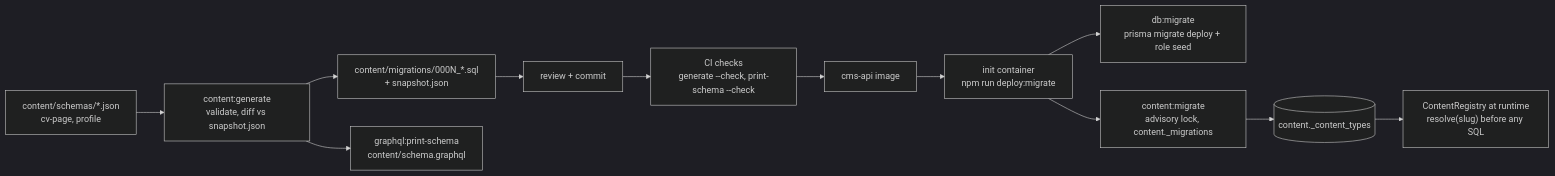
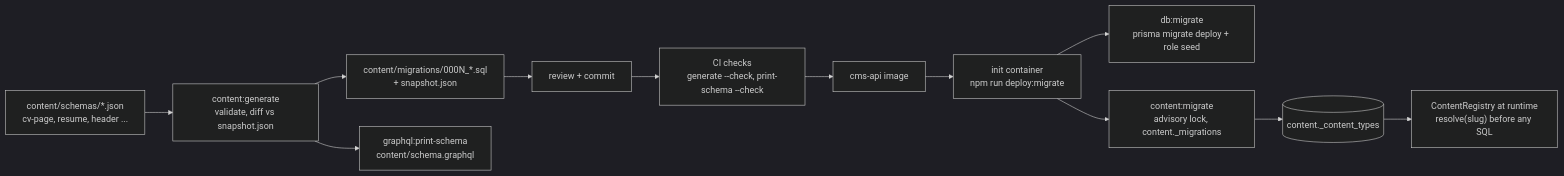
The diagram in docs/flows/content-modeling/FLOW.md (hungnh1812dev/project-me), drawn with Mermaid (dark theme) before and after one commit. The commit also changed 17 other files, not shown here.

First line of the commit message:
feat(cms-api): move content schemas to text and component-path format

````diff
--- a/docs/flows/content-modeling/FLOW.md
+++ b/docs/flows/content-modeling/FLOW.md
@@ -25,12 +25,12 @@
 ```mermaid
 flowchart LR
-  s["content/schemas/*.json<br/>cv-page, profile"] --> g["content:generate<br/>validate, diff vs snapshot.json"]
+  s["content/schemas/*.json<br/>cv-page, resume, header ..."] --> g["content:generate<br/>validate, diff vs snapshot.json"]
   g --> m["content/migrations/000N_*.sql<br/>+ snapshot.json"]
   g --> sdl["graphql:print-schema<br/>content/schema.graphql"]
   m --> rev["review + commit"] --> ci["CI checks<br/>generate --check, print-schema --check"]
   ci --> img["cms-api image"] --> init["init container<br/>npm run deploy:migrate"]
   init --> core["db:migrate<br/>prisma migrate deploy + role seed"]
   init --> cm["content:migrate<br/>advisory lock, content._migrations"]
   cm --> reg[("content._content_types")]
   reg --> rt["ContentRegistry at runtime<br/>resolve(slug) before any SQL"]
 ```
````
